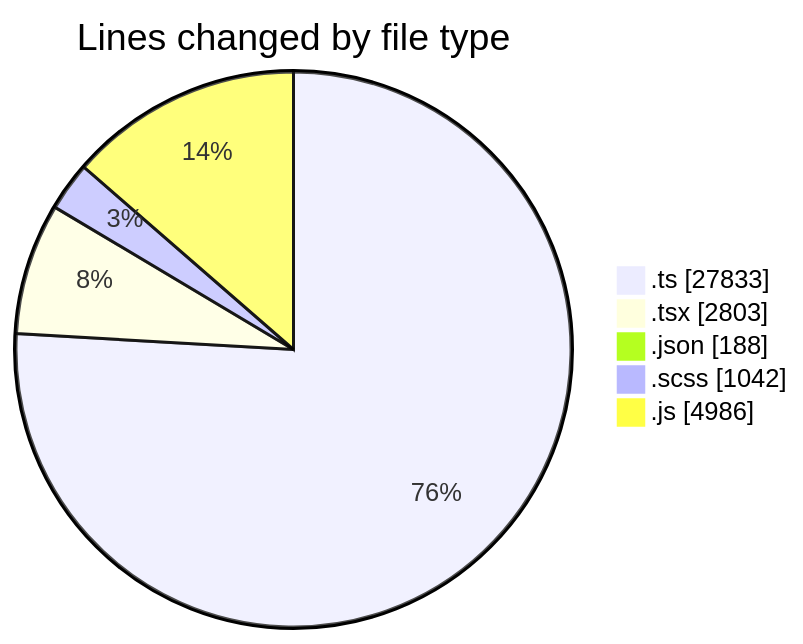
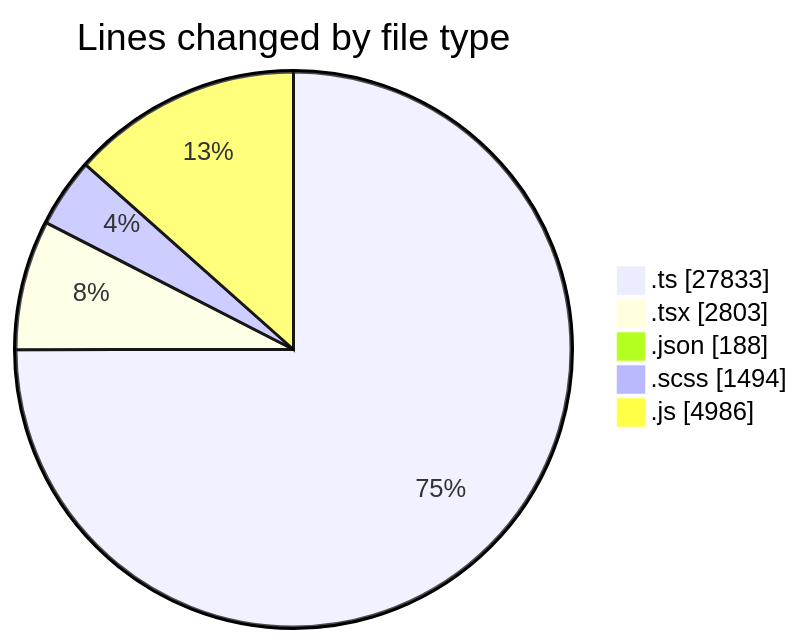
Before and after one commit to momahboobian/code-tracking: the first of 2 diagrams in 2026-05-07/cda/README.md, drawn with Mermaid. The commit also changed other lines of this file and 1 other file, not shown here.

````diff
--- a/2026-05-07/cda/README.md
+++ b/2026-05-07/cda/README.md
@@ -51,9 +52,9 @@
 ```mermaid
 pie showData
 title Lines changed by file type
 ".ts" : 27833
 ".tsx" : 2803
 ".json" : 188
-".scss" : 1042
+".scss" : 1494
 ".js" : 4986
 ```
````
